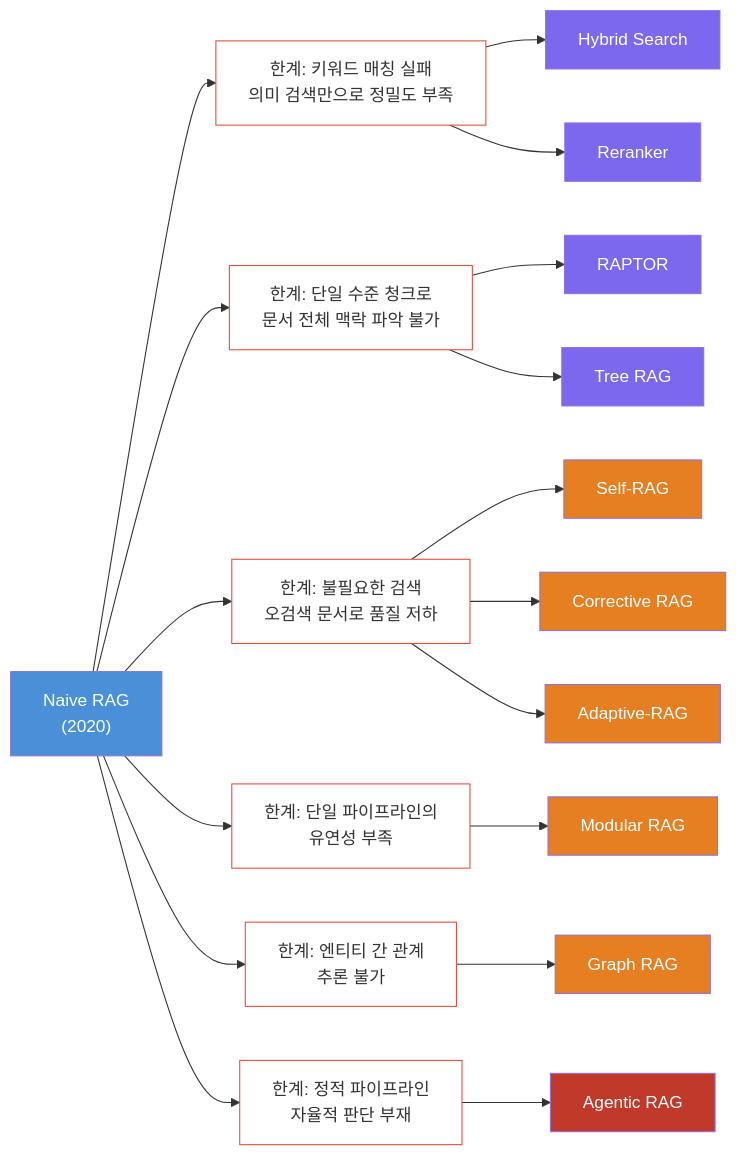
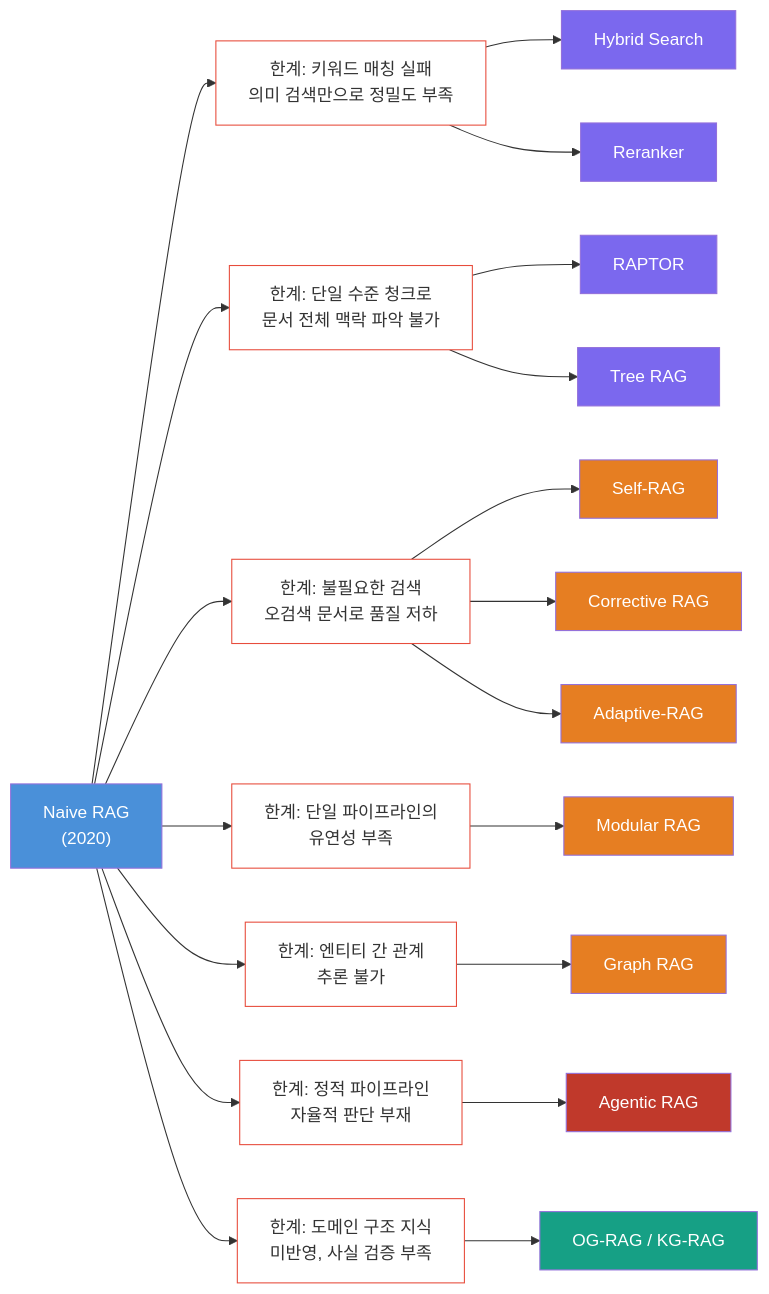
The second of 27 diagrams in docs/rag-architecture-evolution.md (thswlsqls/tech-n-ai-backend), drawn with Mermaid before and after one commit. The commit also changed other lines of this file, not shown here.

First line of the commit message:
docs: [main] RAG 아키텍처 발전사 문서에 Ontology-Enhanced RAG 섹션 추가

````diff
--- a/docs/rag-architecture-evolution.md
+++ b/docs/rag-architecture-evolution.md
@@ -50,58 +57,64 @@
 ```mermaid
 flowchart LR
     NaiveRAG["Naive RAG<br/>(2020)"]
 
     L1["한계: 키워드 매칭 실패<br/>의미 검색만으로 정밀도 부족"]
     L2["한계: 단일 수준 청크로<br/>문서 전체 맥락 파악 불가"]
     L3["한계: 불필요한 검색<br/>오검색 문서로 품질 저하"]
     L4["한계: 단일 파이프라인의<br/>유연성 부족"]
     L5["한계: 엔티티 간 관계<br/>추론 불가"]
     L6["한계: 정적 파이프라인<br/>자율적 판단 부재"]
+    L7["한계: 도메인 구조 지식<br/>미반영, 사실 검증 부족"]
 
     HS["Hybrid Search"]
     RR["Reranker"]
     RAPTOR["RAPTOR"]
     TRAG["Tree RAG"]
     SRAG["Self-RAG"]
     CRAG["Corrective RAG"]
     ARAG["Adaptive-RAG"]
     GRAG["Graph RAG"]
     MRAG["Modular RAG"]
+    OGRAG["OG-RAG / KG-RAG"]
     AGRAG["Agentic RAG"]
 
     NaiveRAG --> L1
     NaiveRAG --> L2
     NaiveRAG --> L3
     NaiveRAG --> L4
     NaiveRAG --> L5
     NaiveRAG --> L6
+    NaiveRAG --> L7
 
     L1 --> HS
     L1 --> RR
     L2 --> RAPTOR
     L2 --> TRAG
     L3 --> SRAG
     L3 --> CRAG
     L3 --> ARAG
     L4 --> MRAG
     L5 --> GRAG
+    L7 --> OGRAG
     L6 --> AGRAG
 
     style NaiveRAG fill:#4A90D9,color:#fff
     style HS fill:#7B68EE,color:#fff
     style RR fill:#7B68EE,color:#fff
     style RAPTOR fill:#7B68EE,color:#fff
     style TRAG fill:#7B68EE,color:#fff
     style SRAG fill:#E67E22,color:#fff
     style CRAG fill:#E67E22,color:#fff
     style ARAG fill:#E67E22,color:#fff
     style GRAG fill:#E67E22,color:#fff
     style MRAG fill:#E67E22,color:#fff
+    style OGRAG fill:#16A085,color:#fff
     style AGRAG fill:#C0392B,color:#fff
     style L1 fill:#fff,stroke:#E74C3C,color:#333
     style L2 fill:#fff,stroke:#E74C3C,color:#333
     style L3 fill:#fff,stroke:#E74C3C,color:#333
     style L4 fill:#fff,stroke:#E74C3C,color:#333
     style L5 fill:#fff,stroke:#E74C3C,color:#333
     style L6 fill:#fff,stroke:#E74C3C,color:#333
+    style L7 fill:#fff,stroke:#E74C3C,color:#333
 ```
````
